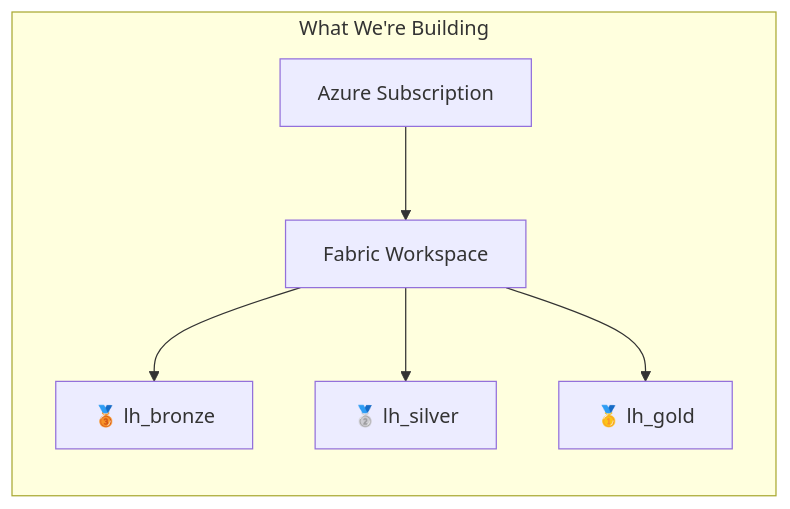
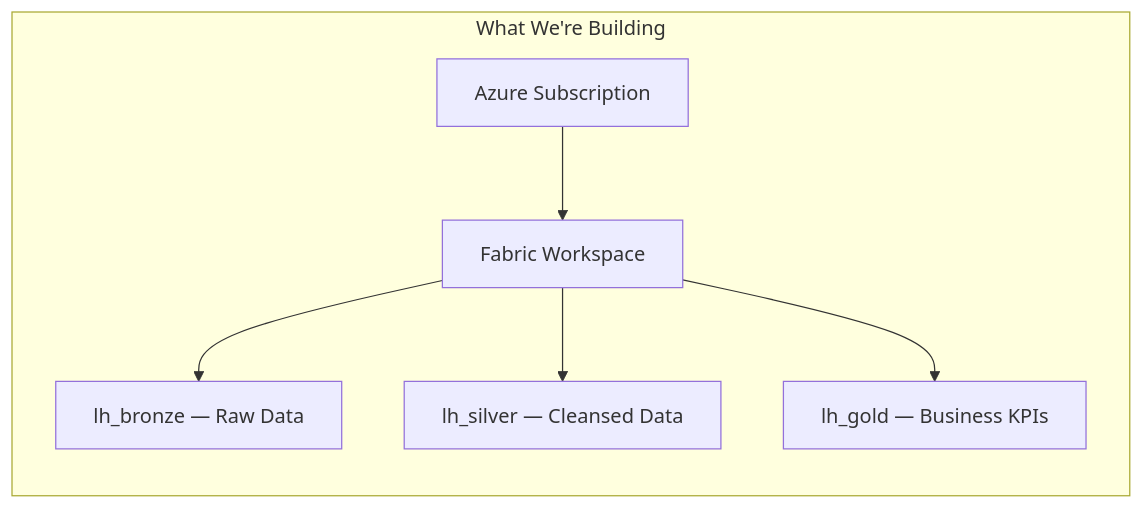
The first of 2 diagrams in tutorials/00-environment-setup/README.md (fgarofalo56/Supercharge_Microsoft_Fabric), drawn with Mermaid before and after one commit. The commit also changed other lines of this file and 77 other files, not shown here.

````diff
--- a/tutorials/00-environment-setup/README.md
+++ b/tutorials/00-environment-setup/README.md
@@ -132,9 +23,9 @@
 ```mermaid
 graph LR
     subgraph "What We're Building"
         A[Azure Subscription] --> B[Fabric Workspace]
-        B --> C[🥉 lh_bronze]
-        B --> D[🥈 lh_silver]
-        B --> E[🥇 lh_gold]
+        B --> C["lh_bronze — Raw Data"]
+        B --> D["lh_silver — Cleansed Data"]
+        B --> E["lh_gold — Business KPIs"]
     end
 ```
````
